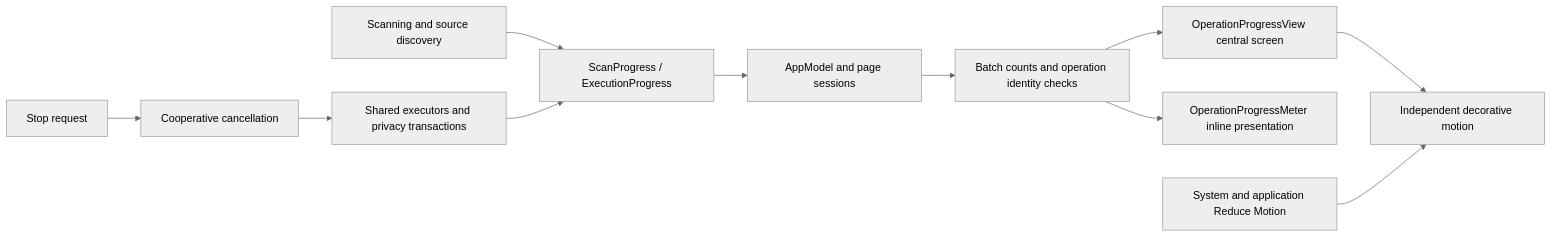
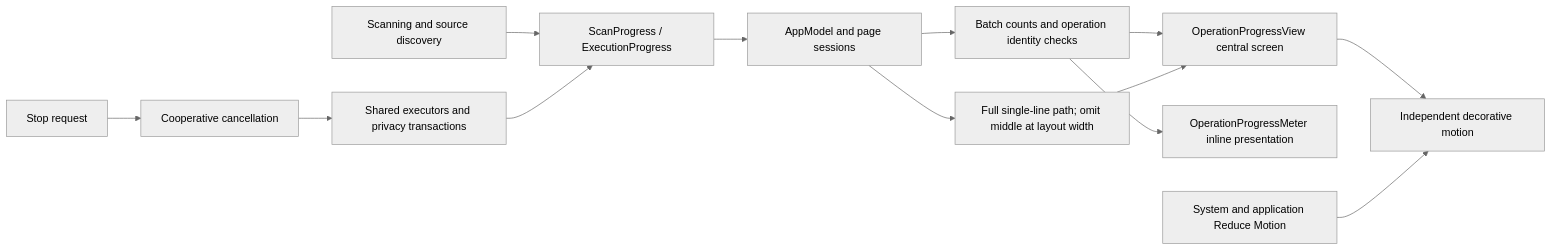
The first of 3 diagrams in docs/product/operation-progress.md (limecloud/shou), drawn with Mermaid (neutral theme) before and after one commit. The commit also changed other lines of this file and 86 other files, not shown here.

````diff
--- a/docs/product/operation-progress.md
+++ b/docs/product/operation-progress.md
@@ -26,13 +28,15 @@
 ```mermaid
 flowchart LR
   Scan[Scanning and source discovery] --> Events[ScanProgress / ExecutionProgress]
   Execute[Shared executors and privacy transactions] --> Events
   Events --> Sessions[AppModel and page sessions]
   Sessions --> Aggregate[Batch counts and operation identity checks]
   Aggregate --> Full[OperationProgressView central screen]
   Aggregate --> Inline[OperationProgressMeter inline presentation]
+  Sessions --> Path[Full single-line path; omit middle at layout width]
+  Path --> Full
   Full --> Artwork[Independent decorative motion]
   Preferences[System and application Reduce Motion] --> Artwork
   User[Stop request] --> Cancel[Cooperative cancellation]
   Cancel --> Execute
 ```
````
